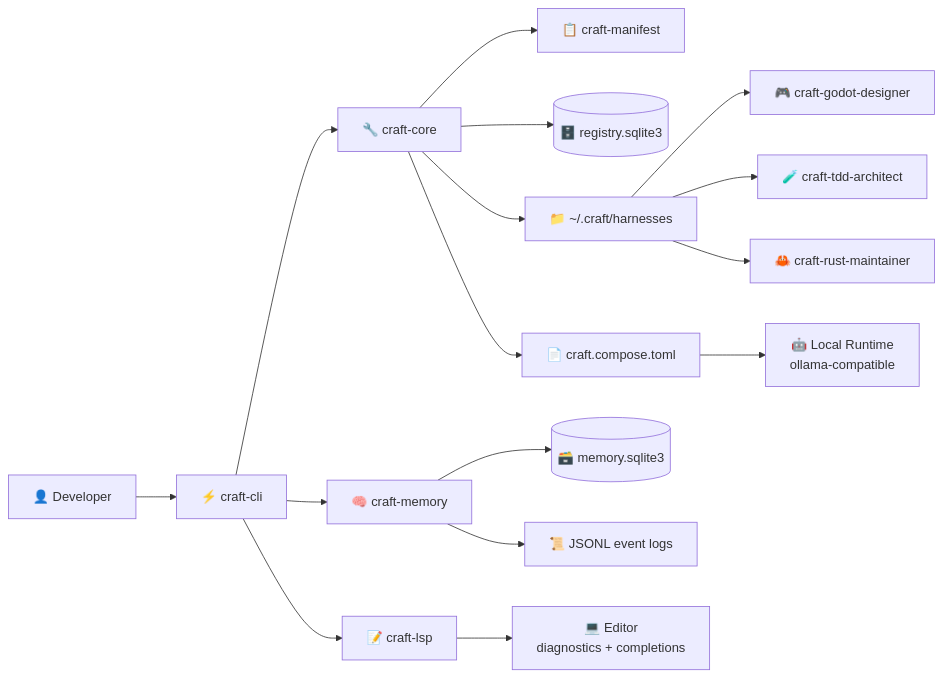
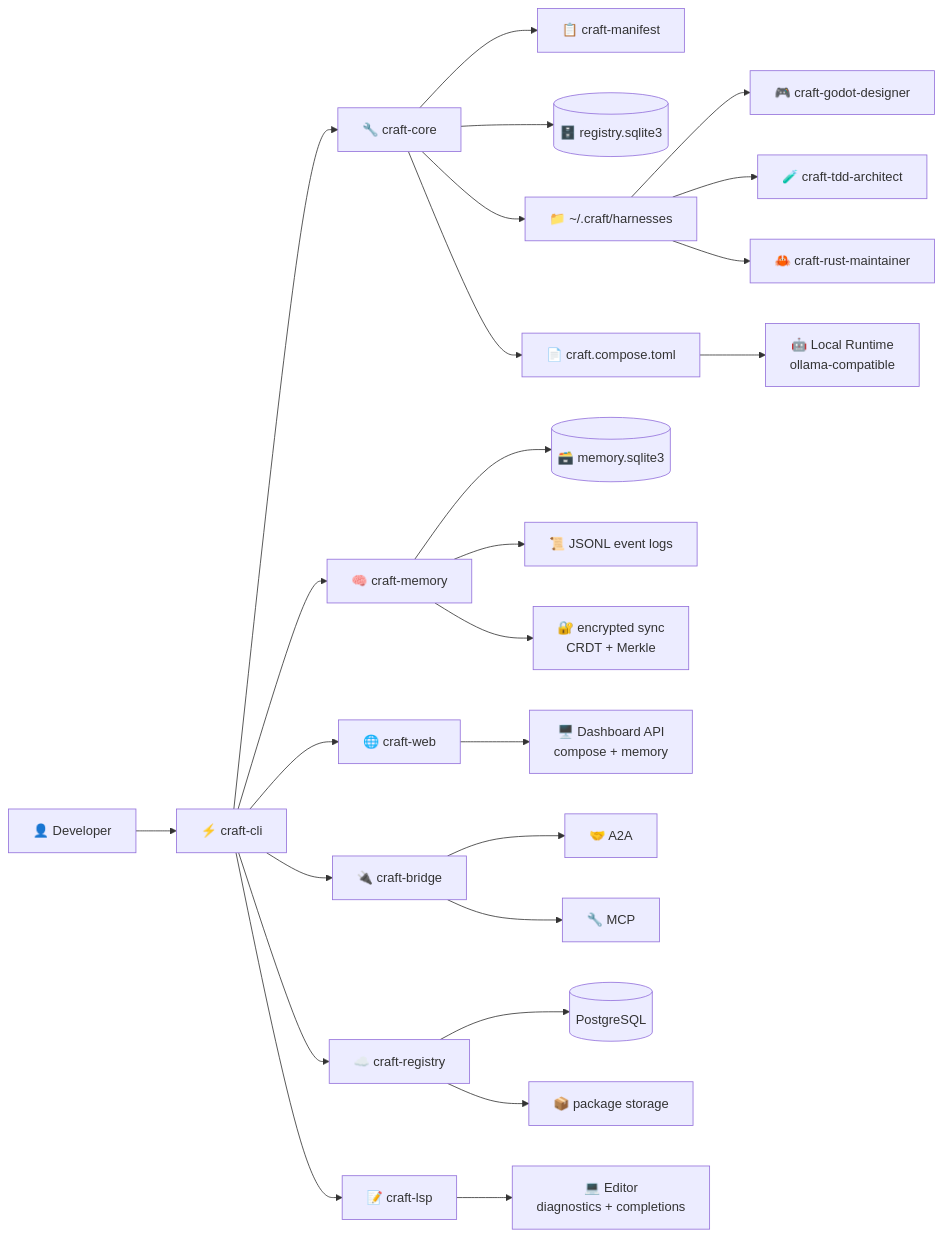
One commit to Rosavera-I/craft-core changed the first of 5 diagrams in docs/ARCHITECTURE.md. Above: the diagram before and after it, drawn with Mermaid. The commit also changed other lines of this file and 6 other files, not shown here.

````diff
--- a/docs/ARCHITECTURE.md
+++ b/docs/ARCHITECTURE.md
@@ -11,18 +11,27 @@
 ```mermaid
 flowchart LR
     User[👤 Developer] --> CLI[⚡ craft-cli]
     CLI --> Core[🔧 craft-core]
     CLI --> LSP[📝 craft-lsp]
     CLI --> Memory[🧠 craft-memory]
+    CLI --> Web[🌐 craft-web]
+    CLI --> Bridge[🔌 craft-bridge]
+    CLI --> Cloud[☁️ craft-registry]
     Core --> Manifest[📋 craft-manifest]
     Core --> Registry[(🗄️ registry.sqlite3)]
     Core --> Harnesses[📁 ~/.craft/harnesses]
     Harnesses --> CartridgeA[🎮 craft-godot-designer]
     Harnesses --> CartridgeB[🧪 craft-tdd-architect]
     Harnesses --> CartridgeC[🦀 craft-rust-maintainer]
     Core --> Compose[📄 craft.compose.toml]
     Compose --> Runtime[🤖 Local Runtime<br/>ollama-compatible]
     Memory --> MemoryDb[(🗃️ memory.sqlite3)]
     Memory --> Logs[📜 JSONL event logs]
+    Memory --> Sync[🔐 encrypted sync<br/>CRDT + Merkle]
+    Web --> Dashboard[🖥️ Dashboard API<br/>compose + memory]
+    Bridge --> A2A[🤝 A2A]
+    Bridge --> MCP[🔧 MCP]
+    Cloud --> Pg[(PostgreSQL)]
+    Cloud --> Packages[📦 package storage]
     LSP --> Editor[💻 Editor<br/>diagnostics + completions]
 ```
````
